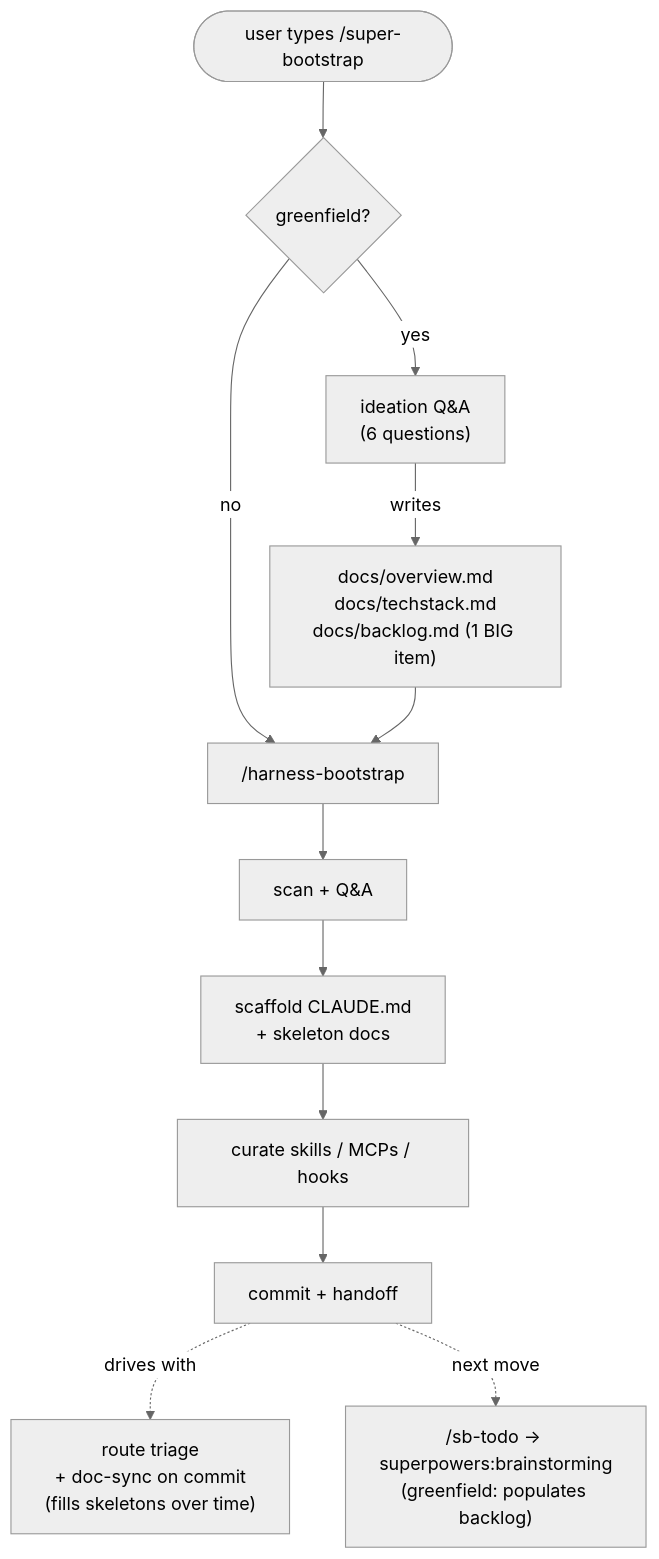
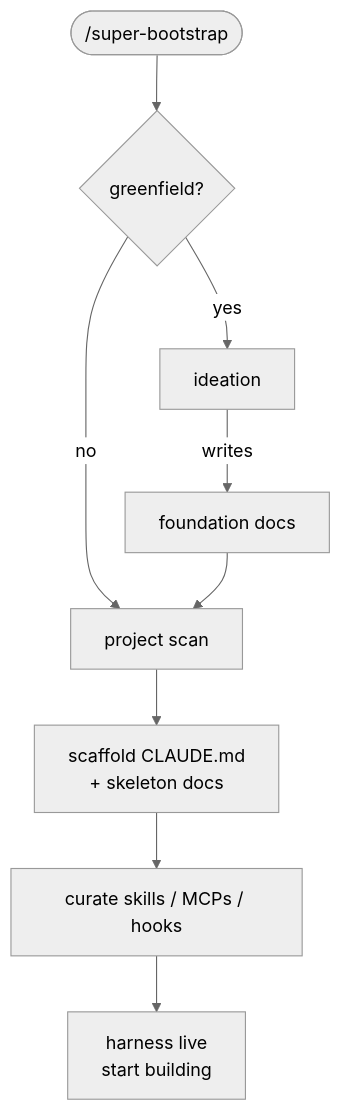
The diagram in README.md (RockyHong/super-bootstrap), drawn with Mermaid (neutral theme) before and after one commit. The commit also changed other lines of this file, not shown here.

````diff
--- a/README.md
+++ b/README.md
@@ -49,15 +33,12 @@
 ```mermaid
 flowchart TD
-    user(["user types /super-bootstrap"])
-    user --> gate{"greenfield?"}
-    gate -->|yes| ideate["ideation Q&A<br/>(6 questions)"]
-    gate -->|no| harness
-    ideate -->|writes| seeds["docs/overview.md<br/>docs/techstack.md<br/>docs/backlog.md (1 BIG item)"]
-    seeds --> harness["/harness-bootstrap"]
-    harness --> scan["scan + Q&A"]
+    entry(["/super-bootstrap"])
+    entry --> gate{"greenfield?"}
+    gate -->|yes| ideate["ideation"]
+    gate -->|no| scan
+    ideate -->|writes| seeds["foundation docs"]
+    seeds --> scan["project scan"]
     scan --> scaffold["scaffold CLAUDE.md<br/>+ skeleton docs"]
     scaffold --> curate["curate skills / MCPs / hooks"]
-    curate --> commit["commit + handoff"]
-    commit -.->|drives with| engine["route triage<br/>+ doc-sync on commit<br/>(fills skeletons over time)"]
-    commit -.->|next move| sbtodo["/sb-todo → superpowers:brainstorming<br/>(greenfield: populates backlog)"]
+    curate --> done["harness live<br/>start building"]
 ```
````
